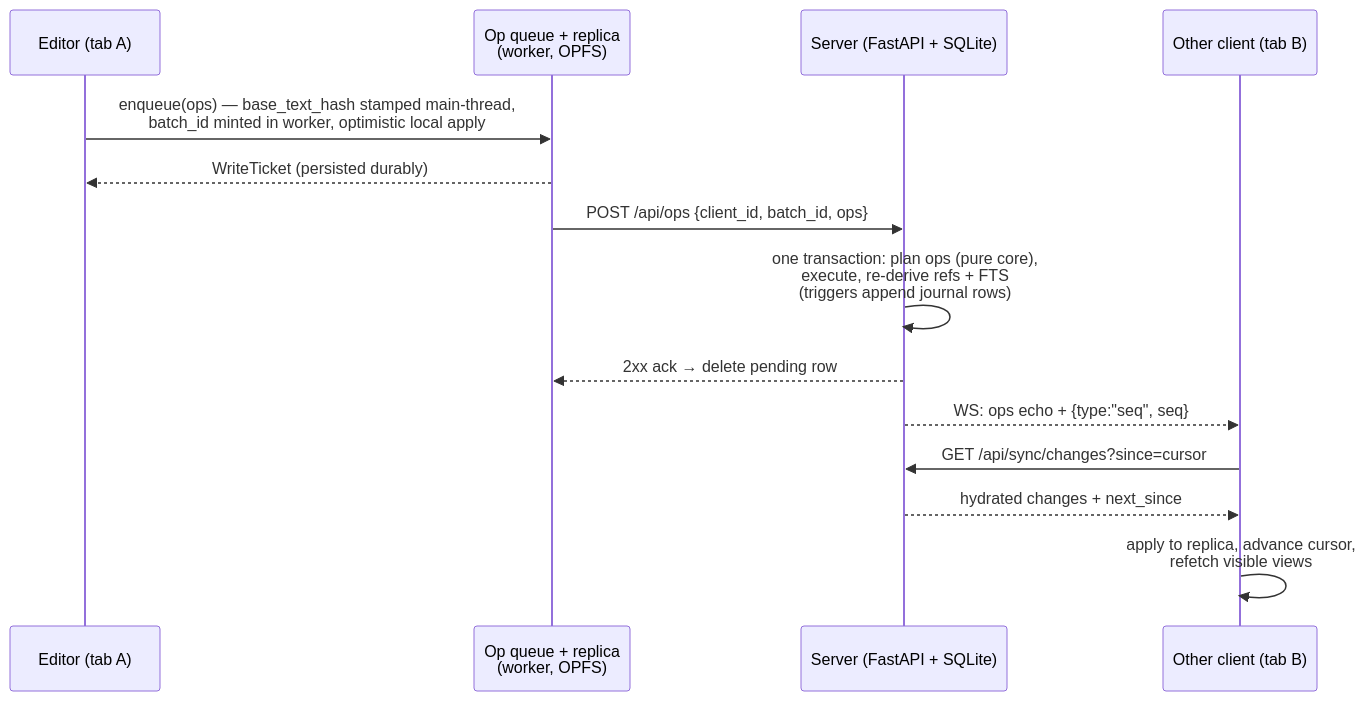
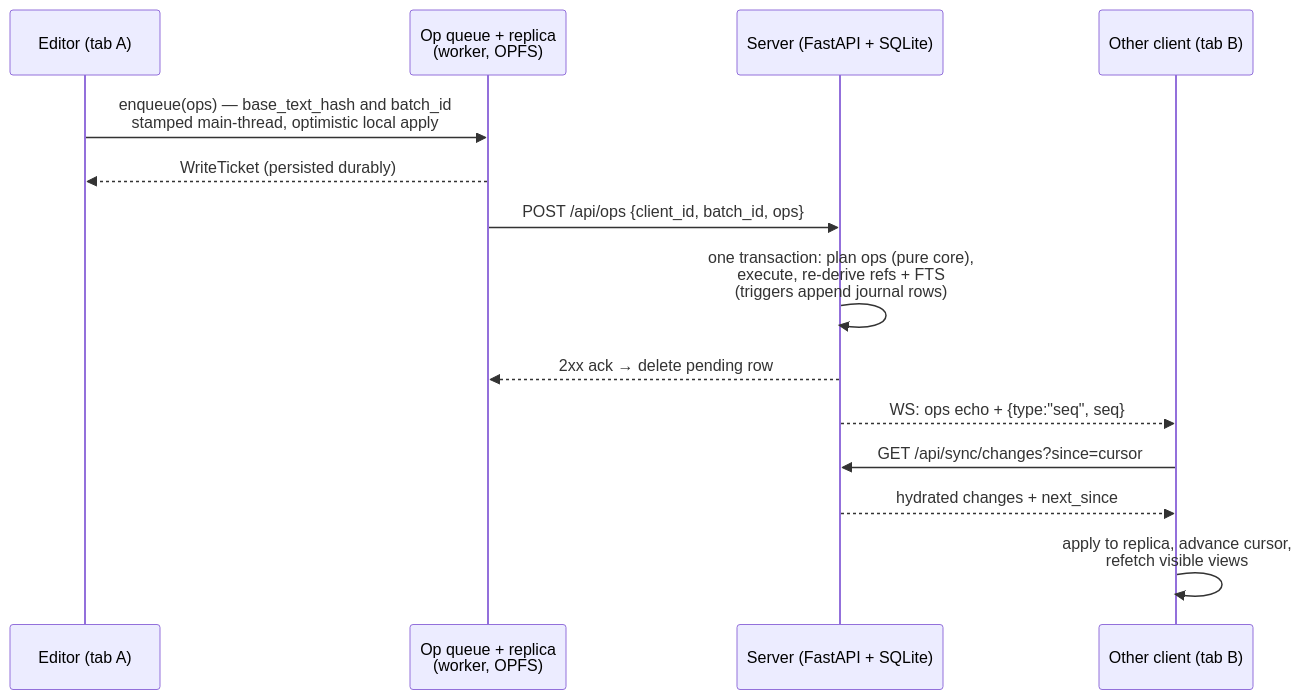
The first of 4 diagrams in docs/architecture/sync-and-offline.md (ArthurClune/pkm-system), drawn with Mermaid before and after one commit. The commit also changed other lines of this file and 7 other files, not shown here.

First line of the commit message:
fix: a lost enqueue reply can no longer duplicate a batch under a second id (pkm-ybgt)

````diff
--- a/docs/architecture/sync-and-offline.md
+++ b/docs/architecture/sync-and-offline.md
@@ -44,17 +44,17 @@
 ```mermaid
 sequenceDiagram
     participant U as Editor (tab A)
     participant Q as Op queue + replica<br/>(worker, OPFS)
     participant S as Server (FastAPI + SQLite)
     participant B as Other client (tab B)
 
-    U->>Q: enqueue(ops) — base_text_hash stamped main-thread,<br/>batch_id minted in worker, optimistic local apply
+    U->>Q: enqueue(ops) — base_text_hash and batch_id<br/>stamped main-thread, optimistic local apply
     Q-->>U: WriteTicket (persisted durably)
     Q->>S: POST /api/ops {client_id, batch_id, ops}
     S->>S: one transaction: plan ops (pure core),<br/>execute, re-derive refs + FTS<br/>(triggers append journal rows)
     S-->>Q: 2xx ack → delete pending row
     S-->>B: WS: ops echo + {type:"seq", seq}
     B->>S: GET /api/sync/changes?since=cursor
     S-->>B: hydrated changes + next_since
     B->>B: apply to replica, advance cursor,<br/>refetch visible views
 ```
````
